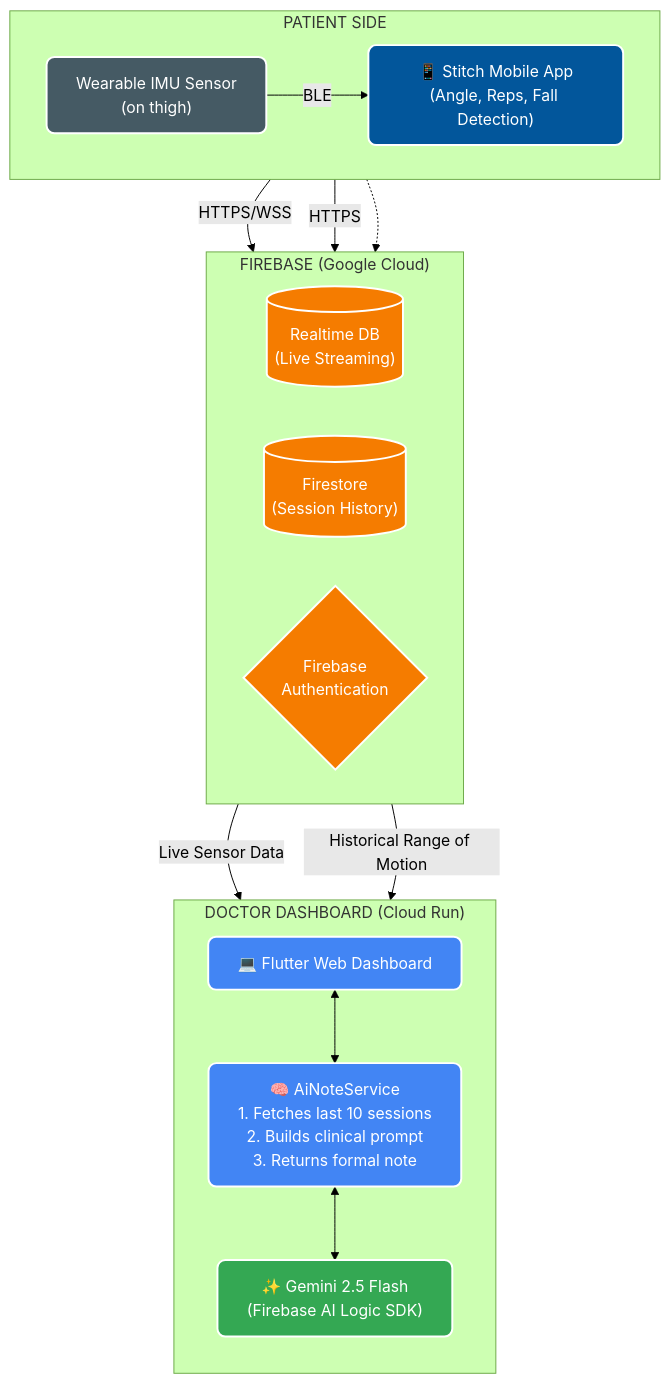
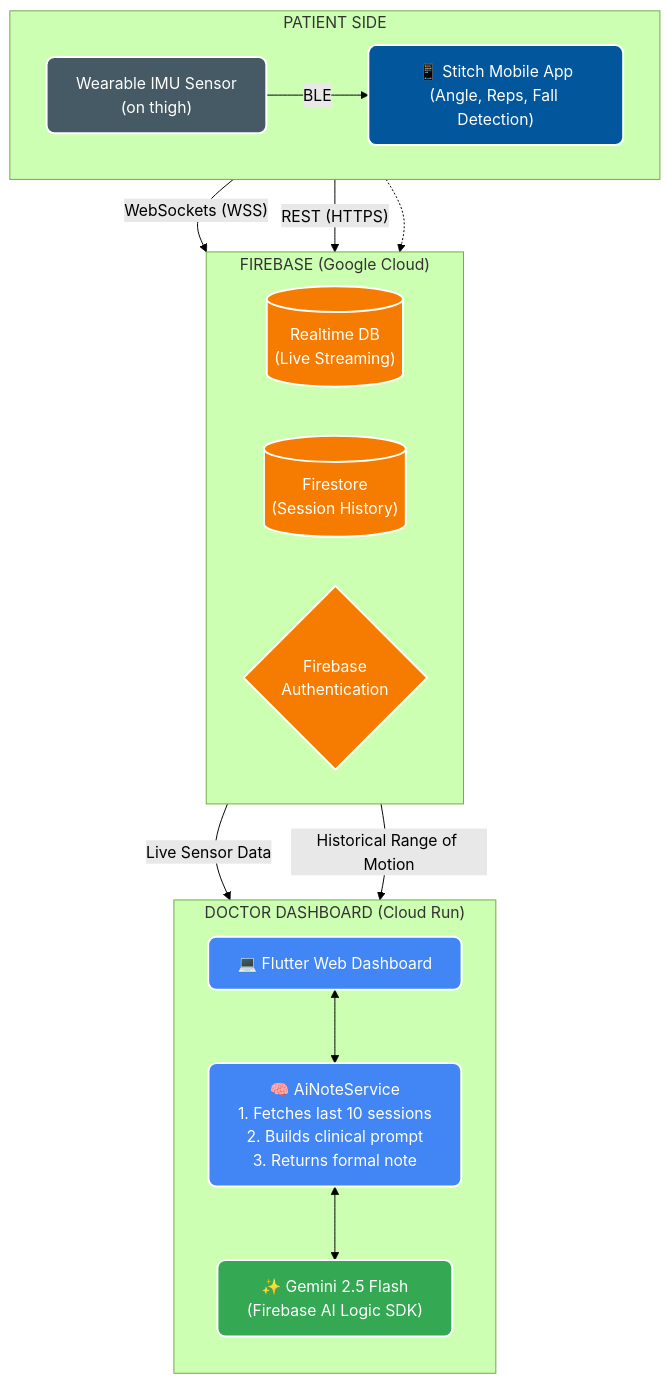
Before and after one commit to kkwanengineering-png/doctor_dashboard: the diagram in README.md, drawn with Mermaid (forest theme). The commit also changed other lines of this file, not shown here.

Commit message:
Docs: Emphasize WebSocket usage for live telemetry

````diff
--- a/README.md
+++ b/README.md
@@ -123,41 +123,41 @@
 ```mermaid
 flowchart TD
     %% Define styles
     classDef mobile fill:#02569B,stroke:#fff,stroke-width:2px,color:#fff,rx:8px,ry:8px;
     classDef cloud fill:#FFCA28,stroke:#fff,stroke-width:2px,color:#000,rx:8px,ry:8px;
     classDef db fill:#F57C00,stroke:#fff,stroke-width:2px,color:#fff,rx:8px,ry:8px;
     classDef web fill:#4285F4,stroke:#fff,stroke-width:2px,color:#fff,rx:8px,ry:8px;
     classDef ai fill:#34A853,stroke:#fff,stroke-width:2px,color:#fff,rx:8px,ry:8px;
     classDef hardware fill:#455A64,stroke:#fff,stroke-width:2px,color:#fff,rx:8px,ry:8px;
 
     subgraph Patient["PATIENT SIDE"]
         direction LR
         Sensor["Wearable IMU Sensor<br />(on thigh)"]:::hardware
         App["📱 Stitch Mobile App<br />(Angle, Reps, Fall Detection)"]:::mobile
         Sensor -- "BLE" --> App
     end
 
     subgraph Firebase["FIREBASE (Google Cloud)"]
         direction LR
         RTDB[("Realtime DB<br />(Live Streaming)")]:::db
         Firestore[("Firestore<br />(Session History)")]:::db
         Auth{"Firebase<br />Authentication"}:::db
     end
 
     subgraph Doctor["DOCTOR DASHBOARD (Cloud Run)"]
         direction TD
         Dashboard["💻 Flutter Web Dashboard"]:::web
         AiNoteService["🧠 AiNoteService<br/>1. Fetches last 10 sessions<br/>2. Builds clinical prompt<br/>3. Returns formal note"]:::web
         Gemini["✨ Gemini 2.5 Flash<br/>(Firebase AI Logic SDK)"]:::ai
         
         Dashboard <--> AiNoteService
         AiNoteService <--> Gemini
     end
 
-    App -- "HTTPS/WSS" --> RTDB
-    App -- "HTTPS" --> Firestore
+    App -- "WebSockets (WSS)" --> RTDB
+    App -- "REST (HTTPS)" --> Firestore
     App .-> Auth
 
     RTDB -- "Live Sensor Data" --> Dashboard
     Firestore -- "Historical Range of Motion" --> AiNoteService
 ```
````
